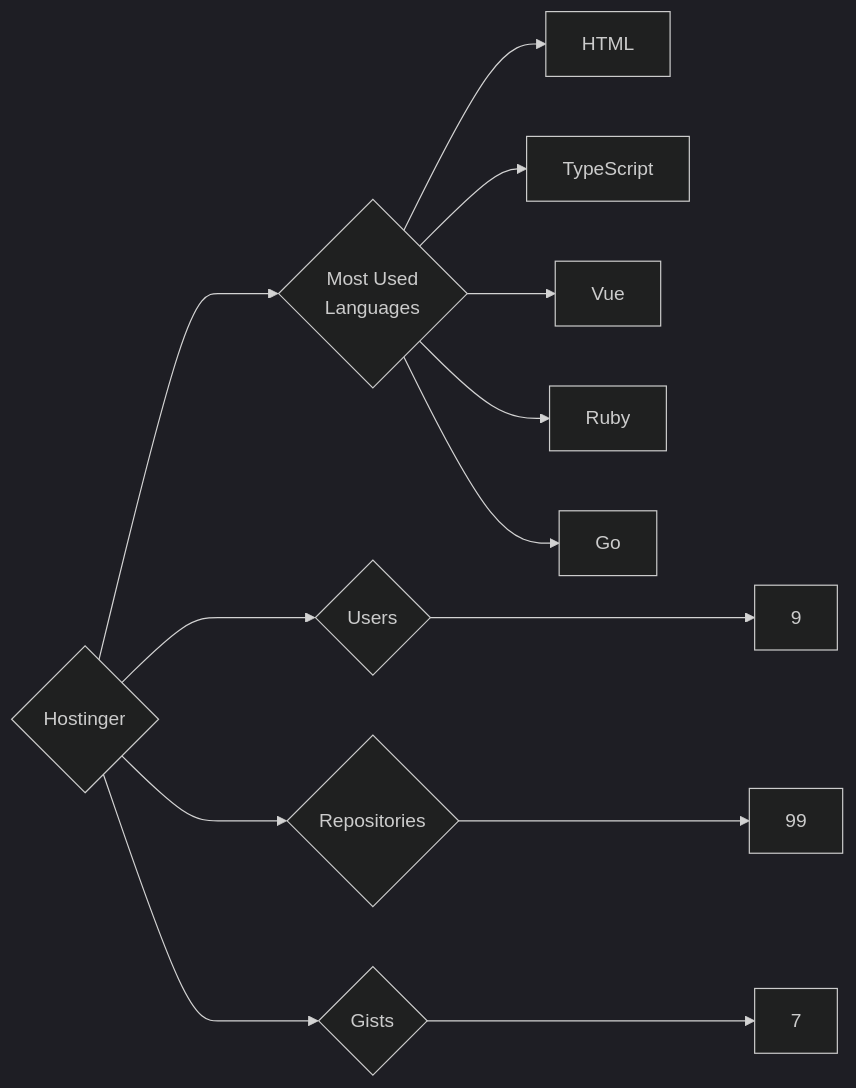
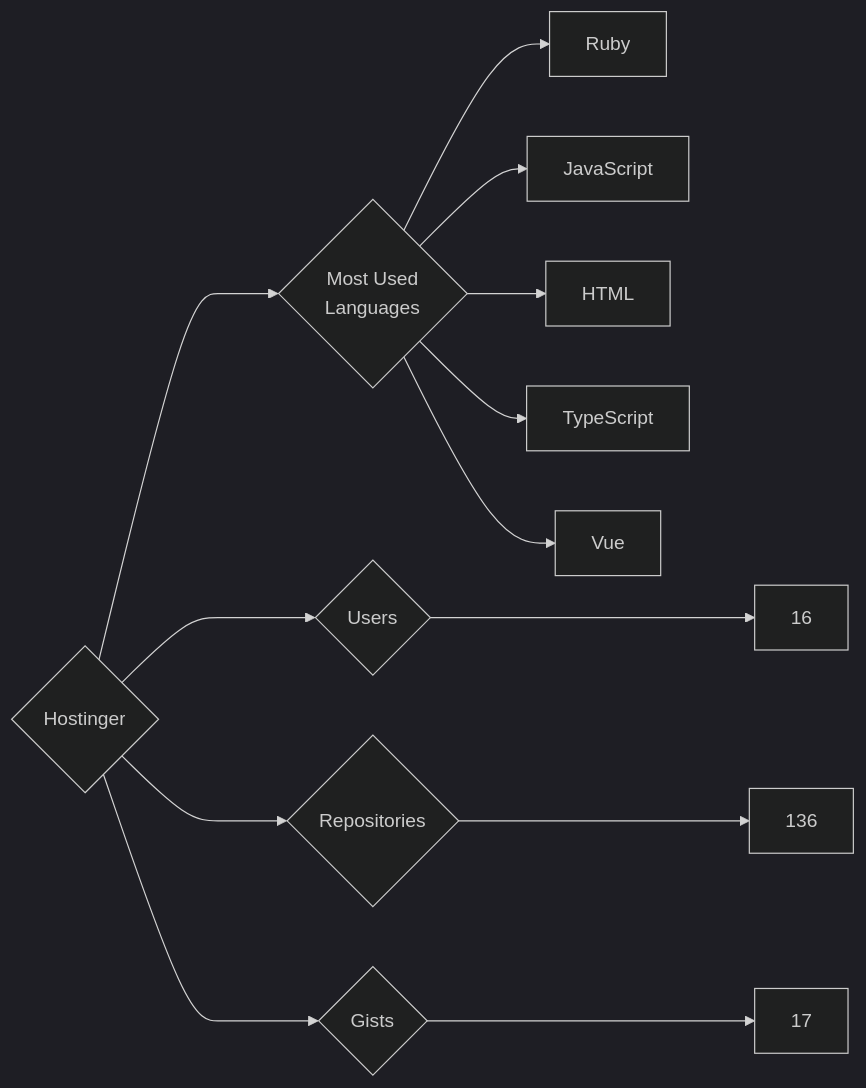
One commit to trickest/insiders changed the diagram in targets/Hostinger/README.md. Above: the diagram before and after it, drawn with Mermaid (dark theme). The commit also changed 679 other files, not shown here.

````diff
--- a/targets/Hostinger/README.md
+++ b/targets/Hostinger/README.md
@@ -3,13 +3,13 @@
 ```mermaid
 graph LR
 COMPANY_NAME{Hostinger}
-COMPANY_NAME ---> U{Users} ---> UN[9]
-COMPANY_NAME ---> R{Repositories} ---> RN[99]
-COMPANY_NAME ---> G{Gists} ---> GN[7]
+COMPANY_NAME ---> U{Users} ---> UN[16]
+COMPANY_NAME ---> R{Repositories} ---> RN[136]
+COMPANY_NAME ---> G{Gists} ---> GN[17]
 COMPANY_NAME ---> ML{Most Used<br>Languages}
+ML --> Ruby[Ruby]
+ML --> JavaScript[JavaScript]
 ML --> HTML[HTML]
 ML --> TypeScript[TypeScript]
 ML --> Vue[Vue]
-ML --> Ruby[Ruby]
-ML --> Go[Go]
 ```
````
